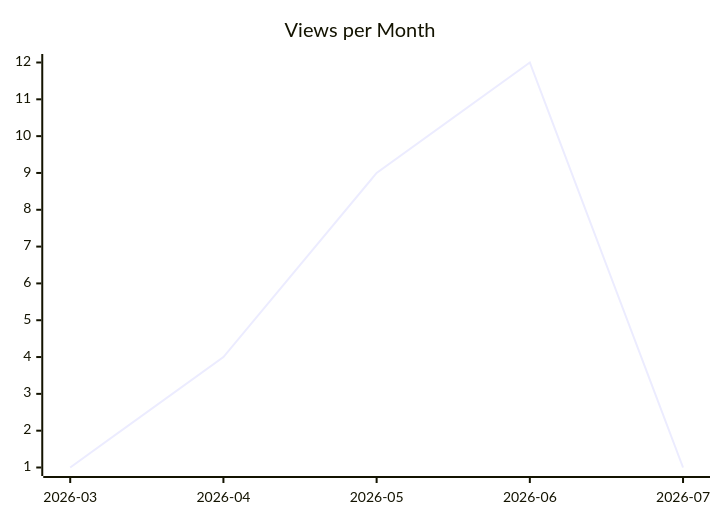
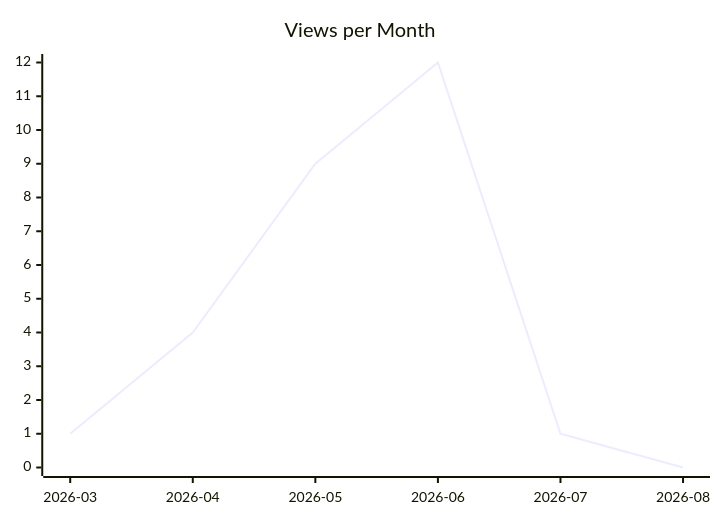
The second of 3 diagrams in justdavis-family/justdavis/README.md (justdavis-family/github-analytics-data), drawn with Mermaid before and after one commit. The commit also changed other lines of this file and 180 other files, not shown here.

````diff
--- a/justdavis-family/justdavis/README.md
+++ b/justdavis-family/justdavis/README.md
@@ -12,6 +12,6 @@
 ```mermaid
 xychart-beta
   title "Views per Month"
-  x-axis ["2026-03", "2026-04", "2026-05", "2026-06", "2026-07"]
-  line [1, 4, 9, 12, 1]
+  x-axis ["2026-03", "2026-04", "2026-05", "2026-06", "2026-07", "2026-08"]
+  line [1, 4, 9, 12, 1, 0]
 ```
````
